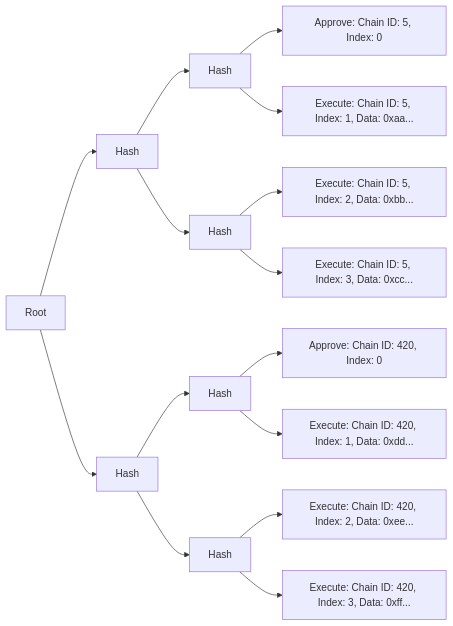
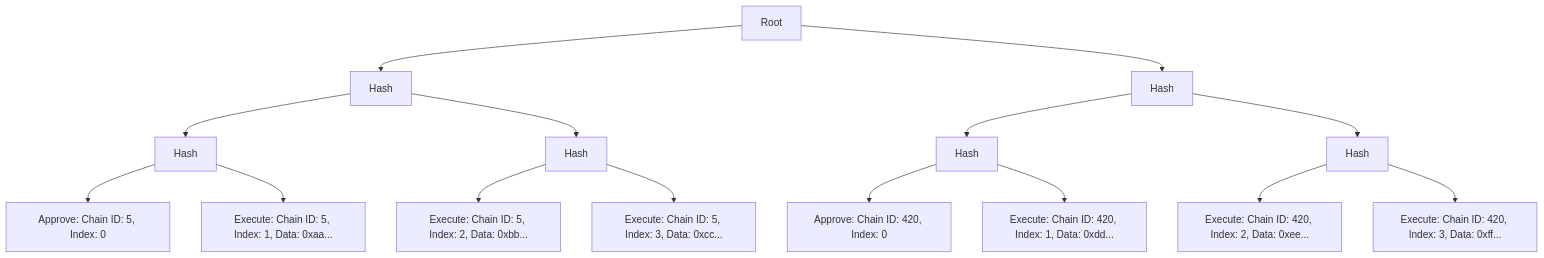
The diagram in specs/merkle-tree.md (sphinx-labs/sphinx), drawn with Mermaid before and after one commit. The commit also changed other lines of this file and 6 other files, not shown here.

````diff
--- a/specs/merkle-tree.md
+++ b/specs/merkle-tree.md
@@ -36,17 +36,17 @@
 ```mermaid
-graph LR
+graph TD
     A[Root] --> B[Hash]
     A[Root] --> C[Hash]
     B[Hash] --> D[Hash]
     B[Hash] --> E[Hash]
     C[Hash] --> F[Hash]
     C[Hash] --> G[Hash]
     D[Hash] --> H["Approve: Chain ID: 5, Index: 0"]
     D[Hash] --> I["Execute: Chain ID: 5, Index: 1, Data: 0xaa..."]
     E[Hash] --> J["Execute: Chain ID: 5, Index: 2, Data: 0xbb..."]
     E[Hash] --> K["Execute: Chain ID: 5, Index: 3, Data: 0xcc..."]
     F[Hash] --> L["Approve: Chain ID: 420, Index: 0"]
     F[Hash] --> M["Execute: Chain ID: 420, Index: 1, Data: 0xdd..."]
     G[Hash] --> N["Execute: Chain ID: 420, Index: 2, Data: 0xee..."]
     G[Hash] --> O["Execute: Chain ID: 420, Index: 3, Data: 0xff..."]
 ```
````
